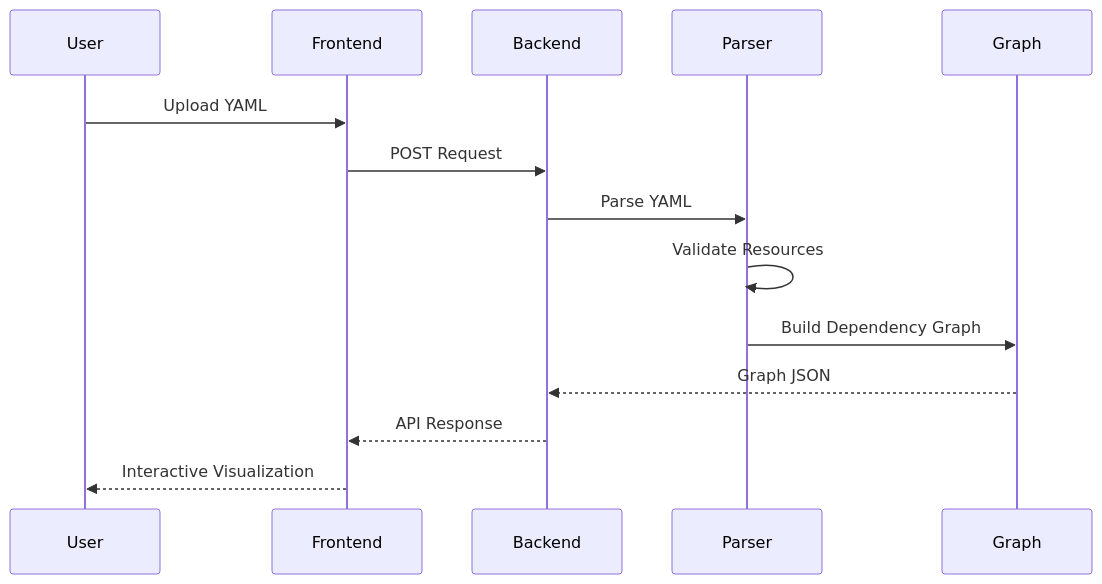
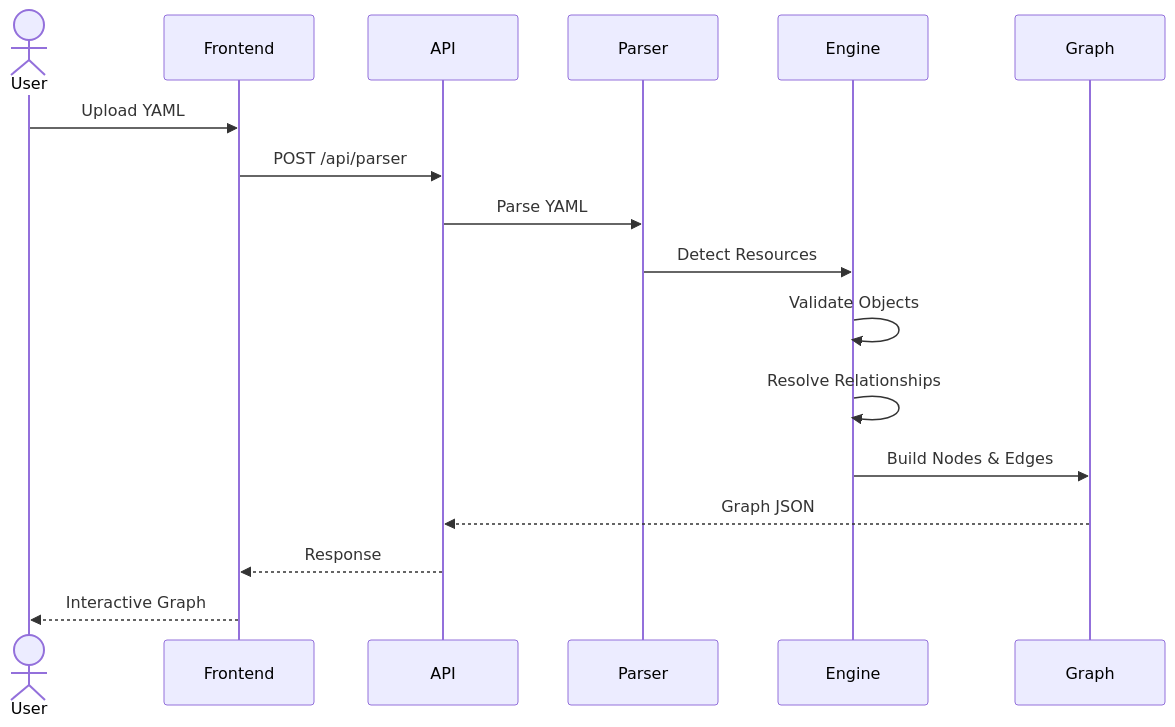
Before and after one commit to VINAY-TEJA-GURAJAPU/KubeVision: the second of 5 diagrams in README.md, drawn with Mermaid. The commit also changed other lines of this file, not shown here.

````diff
--- a/README.md
+++ b/README.md
@@ -922,25 +291,35 @@
 ```mermaid
 sequenceDiagram
 
-participant User
+actor User
+
 participant Frontend
-participant Backend
+
+participant API
+
 participant Parser
+
+participant Engine
+
 participant Graph
 
 User->>Frontend: Upload YAML
 
-Frontend->>Backend: POST Request
+Frontend->>API: POST /api/parser
 
-Backend->>Parser: Parse YAML
+API->>Parser: Parse YAML
 
-Parser->>Parser: Validate Resources
+Parser->>Engine: Detect Resources
 
-Parser->>Graph: Build Dependency Graph
+Engine->>Engine: Validate Objects
 
-Graph-->>Backend: Graph JSON
+Engine->>Engine: Resolve Relationships
 
-Backend-->>Frontend: API Response
+Engine->>Graph: Build Nodes & Edges
 
-Frontend-->>User: Interactive Visualization
+Graph-->>API: Graph JSON
+
+API-->>Frontend: Response
+
+Frontend-->>User: Interactive Graph
 ```
````
